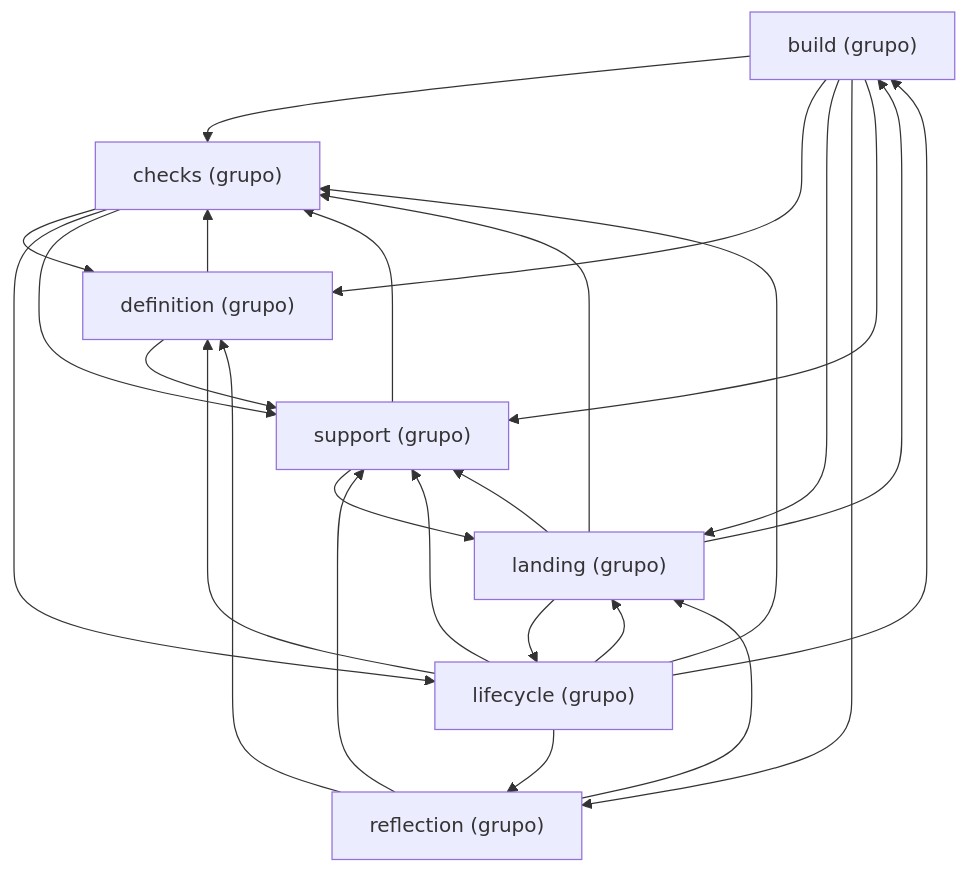
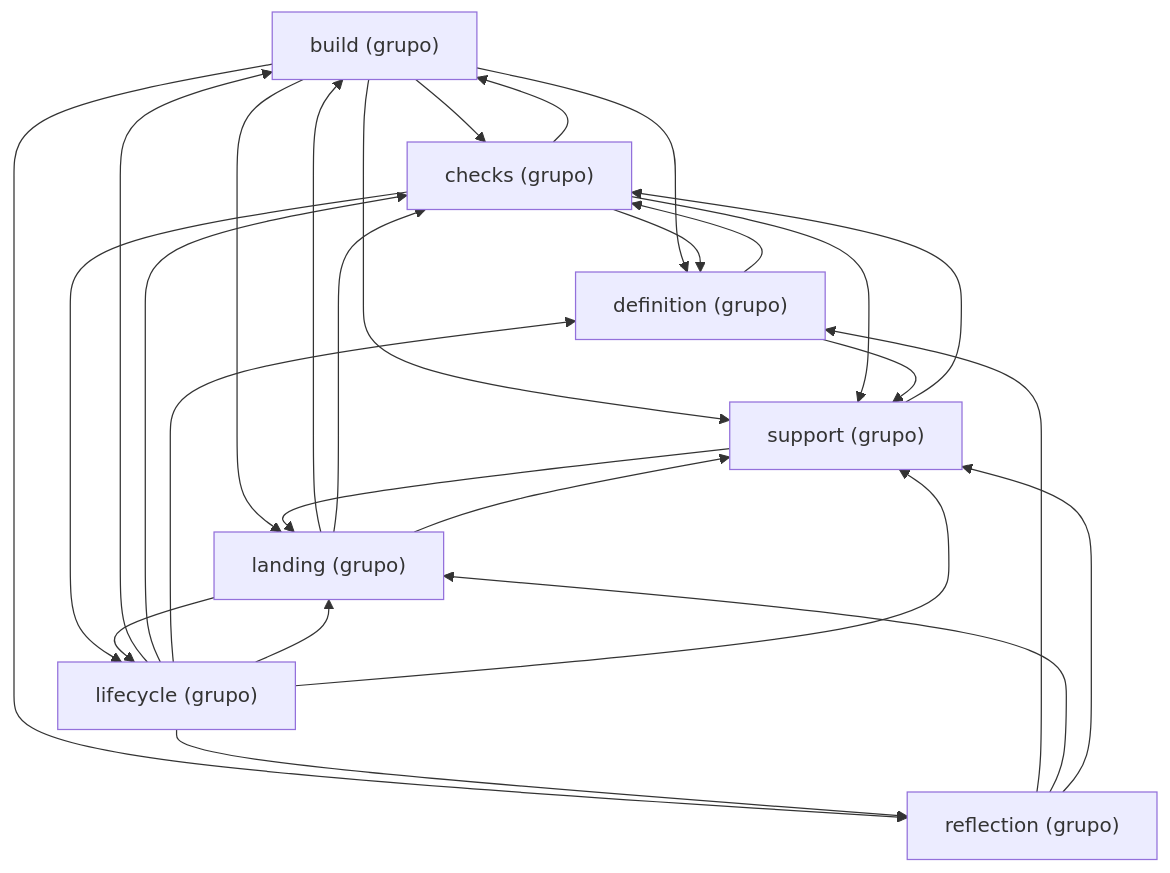
The diagram in docs/architecture/generated/packages-process-application.md (GonzaloZevallos/agentic-system), drawn with Mermaid before and after one commit. The commit also changed 6 other files, not shown here.

````diff
--- a/docs/architecture/generated/packages-process-application.md
+++ b/docs/architecture/generated/packages-process-application.md
@@ -26,35 +26,36 @@
 ```mermaid
 graph TD
     g_application__build["build (grupo)"]
     g_application__checks["checks (grupo)"]
     g_application__definition["definition (grupo)"]
     g_application__landing["landing (grupo)"]
     g_application__lifecycle["lifecycle (grupo)"]
     g_application__reflection["reflection (grupo)"]
     g_application__support["support (grupo)"]
     g_application__build --> g_application__checks
     g_application__build --> g_application__definition
     g_application__build --> g_application__landing
     g_application__build --> g_application__reflection
     g_application__build --> g_application__support
+    g_application__checks --> g_application__build
     g_application__checks --> g_application__definition
     g_application__checks --> g_application__lifecycle
     g_application__checks --> g_application__support
     g_application__definition --> g_application__checks
     g_application__definition --> g_application__support
     g_application__landing --> g_application__build
     g_application__landing --> g_application__checks
     g_application__landing --> g_application__lifecycle
     g_application__landing --> g_application__support
     g_application__lifecycle --> g_application__build
     g_application__lifecycle --> g_application__checks
     g_application__lifecycle --> g_application__definition
     g_application__lifecycle --> g_application__landing
     g_application__lifecycle --> g_application__reflection
     g_application__lifecycle --> g_application__support
     g_application__reflection --> g_application__definition
     g_application__reflection --> g_application__landing
     g_application__reflection --> g_application__support
     g_application__support --> g_application__checks
     g_application__support --> g_application__landing
 ```
````
